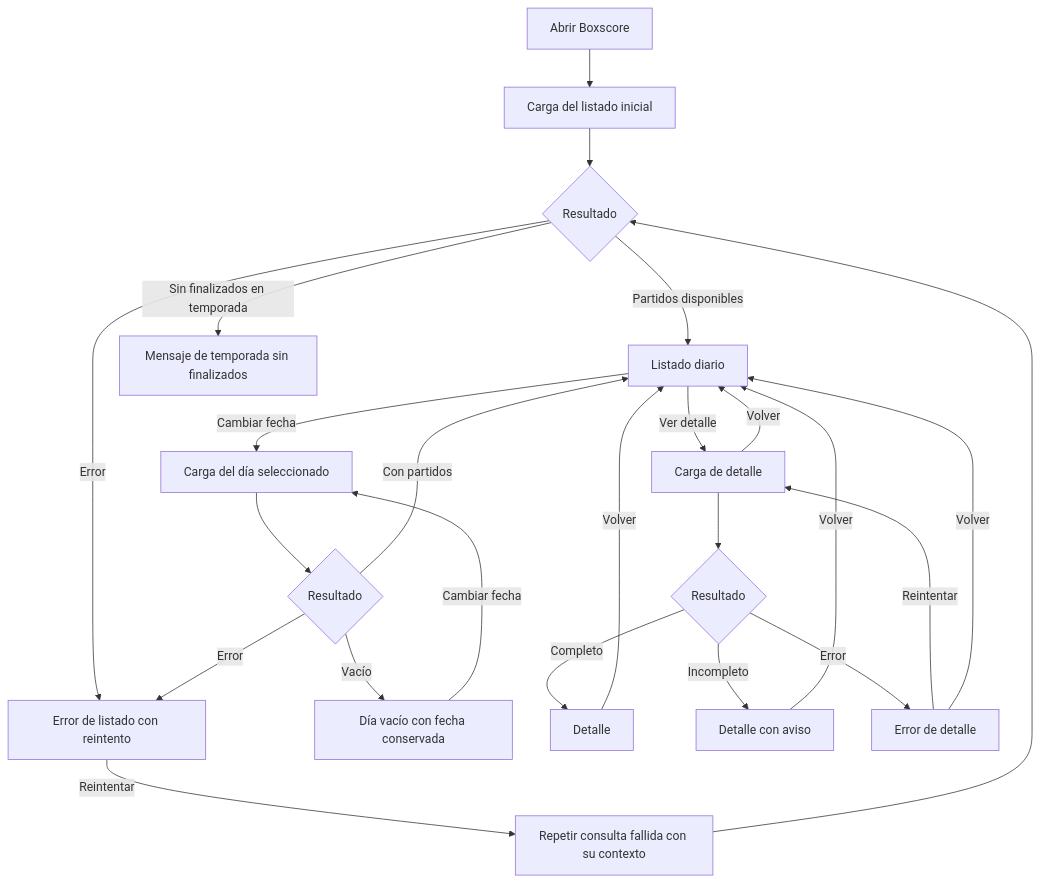
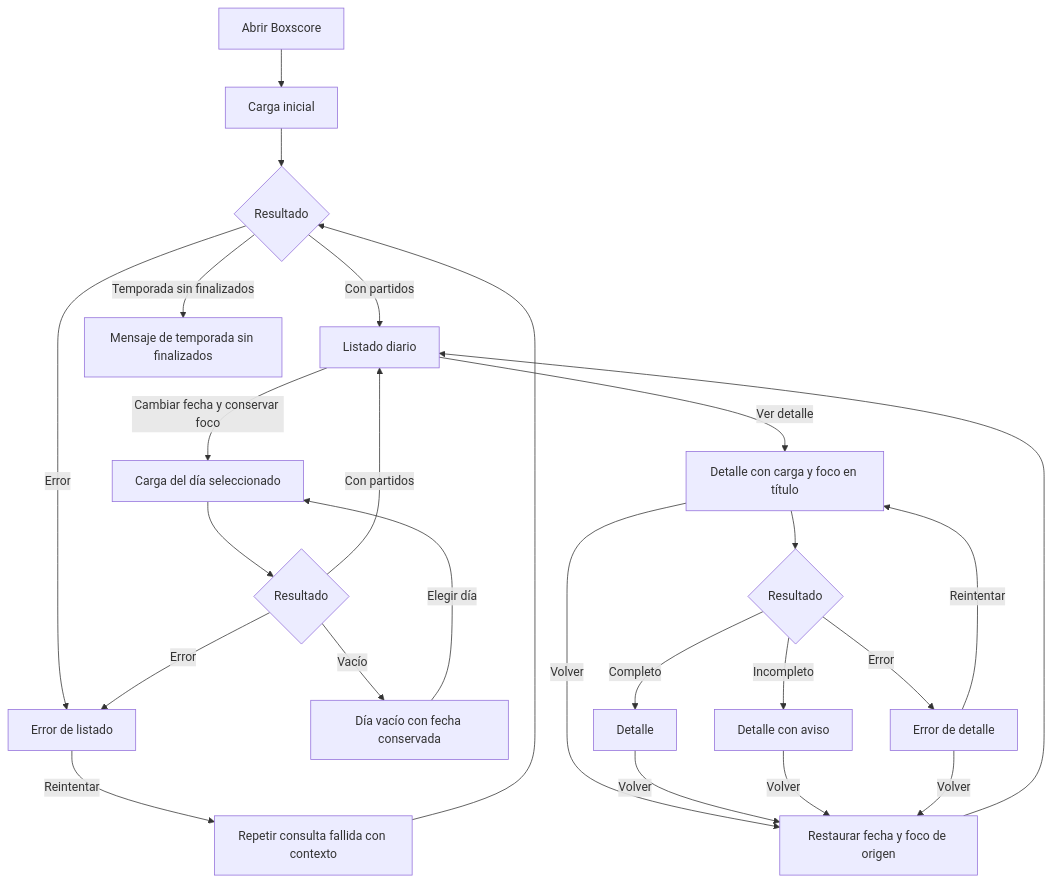
The diagram in docs/DISENO_UX.md (DiegoGSUJA/boxscore), drawn with Mermaid before and after one commit. The commit also changed other lines of this file, not shown here.

Commit message:
docs: consolida adaptacion, foco y mensajes UX confirmados

````diff
--- a/docs/DISENO_UX.md
+++ b/docs/DISENO_UX.md
@@ -163,26 +173,27 @@
 ```mermaid
 flowchart TD
-    A[Abrir Boxscore] --> B[Carga del listado inicial]
+    A[Abrir Boxscore] --> B[Carga inicial]
     B --> C{Resultado}
-    C -->|Partidos disponibles| D[Listado diario]
-    C -->|Sin finalizados en temporada| E[Mensaje de temporada sin finalizados]
-    C -->|Error| F[Error de listado con reintento]
-    D -->|Cambiar fecha| G[Carga del día seleccionado]
+    C -->|Con partidos| D[Listado diario]
+    C -->|Temporada sin finalizados| E[Mensaje de temporada sin finalizados]
+    C -->|Error| F[Error de listado]
+    D -->|Cambiar fecha y conservar foco| G[Carga del día seleccionado]
     G --> H{Resultado}
     H -->|Con partidos| D
     H -->|Vacío| I[Día vacío con fecha conservada]
     H -->|Error| F
-    I -->|Cambiar fecha| G
-    F -->|Reintentar| J[Repetir consulta fallida con su contexto]
+    I -->|Elegir día| G
+    F -->|Reintentar| J[Repetir consulta fallida con contexto]
     J --> C
-    D -->|Ver detalle| K[Carga de detalle]
+    D -->|Ver detalle| K[Detalle con carga y foco en título]
     K --> L{Resultado}
     L -->|Completo| M[Detalle]
     L -->|Incompleto| N[Detalle con aviso]
     L -->|Error| O[Error de detalle]
     O -->|Reintentar| K
-    K -->|Volver| D
-    M -->|Volver| D
-    N -->|Volver| D
-    O -->|Volver| D
+    K -->|Volver| R[Restaurar fecha y foco de origen]
+    M -->|Volver| R
+    N -->|Volver| R
+    O -->|Volver| R
+    R --> D
 ```
````
